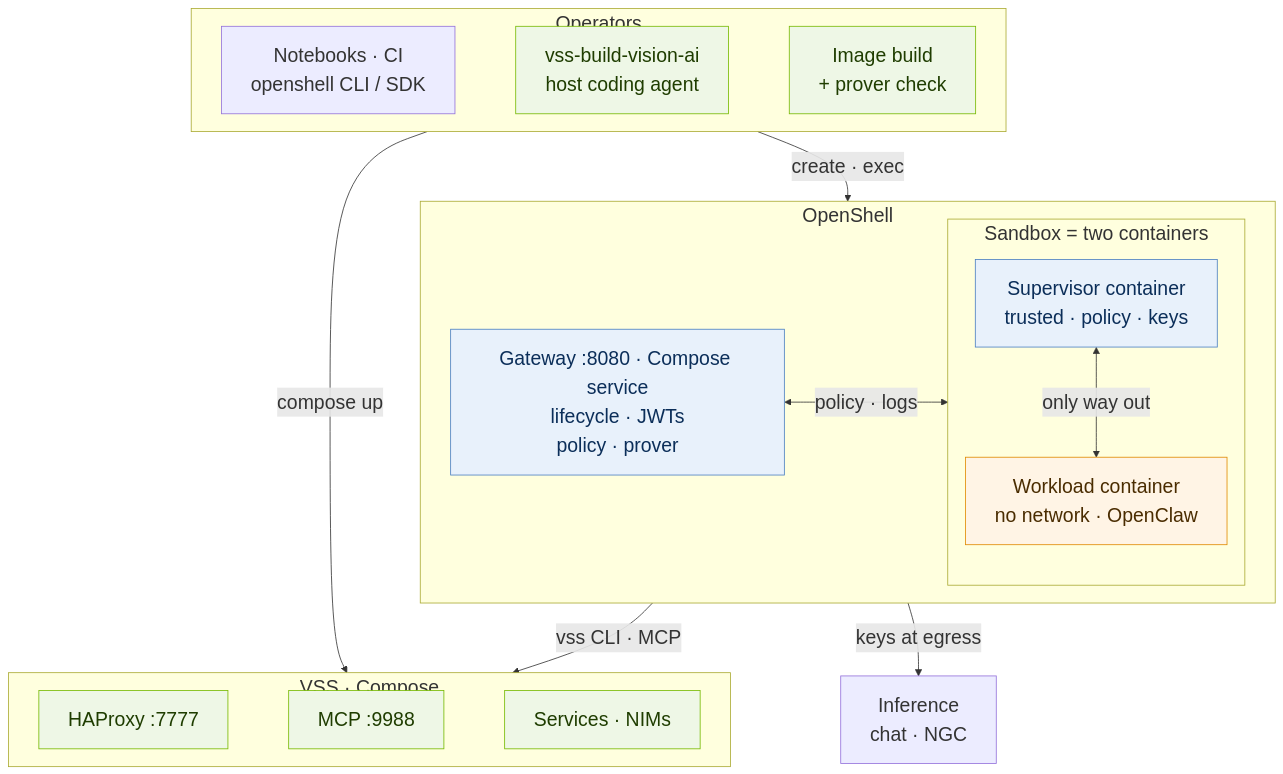
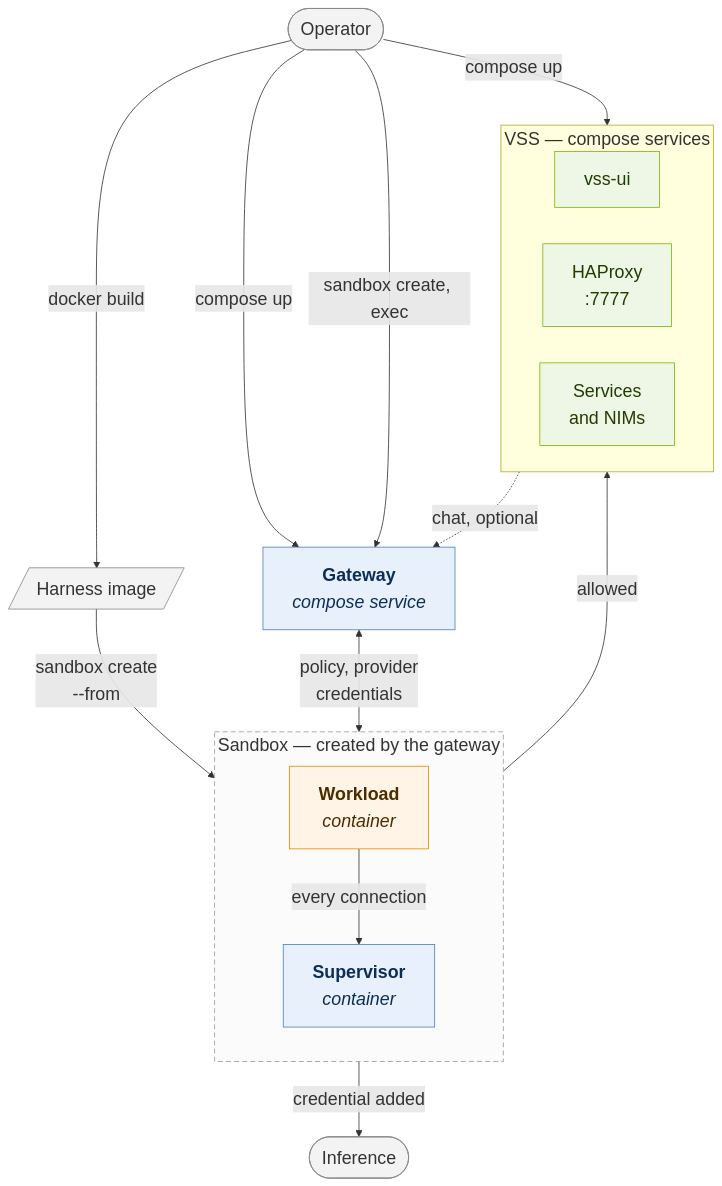
Before and after one commit to NVIDIA-AI-Blueprints/video-search-and-summarization: the diagram in .openshell/docs/assets/vss-openshell-architecture.mmd, drawn with Mermaid. The commit also changed 5 other files, not shown here.

First line of the commit message:
Lead the OpenShell README with high-level and detailed architecture

```diff
--- a/.openshell/docs/assets/vss-openshell-architecture.mmd
+++ b/.openshell/docs/assets/vss-openshell-architecture.mmd
@@ -1,37 +1,42 @@
-%%{init: {"fontFamily": "Arial, Liberation Sans, Helvetica, sans-serif", "flowchart": {"nodeSpacing": 24, "rankSpacing": 50, "padding": 18, "wrappingWidth": 340}, "themeVariables": {"fontSize": "24px"}}}%%
+%%{init: {"fontFamily": "Arial, Liberation Sans, Helvetica, sans-serif", "flowchart": {"nodeSpacing": 45, "rankSpacing": 60, "padding": 18}, "themeVariables": {"fontSize": "22px"}}}%%
 flowchart TB
-    subgraph ops["Operators"]
-        direction LR
-        NB["Notebooks · CI<br/>openshell CLI / SDK"] ~~~ BVAI["vss-build-vision-ai<br/>host coding agent"] ~~~ BUILD["Image build<br/>+ prover check"]
+    OP(["Operator"])
+    IMG[/"Harness image"/]
+
+    GW["<b>Gateway</b><br/><i>compose service</i>"]
+
+    subgraph sb["Sandbox — created by the gateway"]
+        direction TB
+        WL["<b>Workload</b><br/><i>container</i>"]
+        SUP["<b>Supervisor</b><br/><i>container</i>"]
+        WL -->|"every connection"| SUP
     end
 
-    subgraph os["OpenShell"]
+    subgraph vss["VSS — compose services"]
         direction LR
-        GW["Gateway :8080 · Compose service<br/>lifecycle · JWTs<br/>policy · prover"]
-        subgraph box["Sandbox = two containers"]
-            direction TB
-            SUP["Supervisor container<br/>trusted · policy · keys"]
-            WL["Workload container<br/>no network · OpenClaw"]
-            SUP <-->|"only way out"| WL
-        end
-        GW <-->|"policy · logs"| box
+        UI["vss-ui"]
+        HAP["HAProxy<br/>:7777"]
+        SVC["Services<br/>and NIMs"]
     end
 
-    subgraph vss["VSS · Compose"]
-        direction LR
-        HAP["HAProxy :7777"] ~~~ MCP["MCP :9988"] ~~~ SVC["Services · NIMs"]
-    end
+    EXT(["Inference"])
 
-    EXT["Inference<br/>chat · NGC"]
-
-    ops -->|"create · exec"| os
-    ops -->|"compose up"| vss
-    os -->|"vss CLI · MCP"| vss
-    os -->|"keys at egress"| EXT
+    OP -->|"compose up"| GW
+    OP -->|"compose up"| vss
+    OP -->|"sandbox create, exec"| GW
+    OP -->|"docker build"| IMG
+    IMG -->|"sandbox create<br/>--from"| WL
+    GW <-->|"policy, provider<br/>credentials"| SUP
+    SUP -->|"allowed"| HAP
+    SUP -->|"credential added"| EXT
+    UI -.->|"chat, optional"| GW
 
     classDef osc fill:#e8f1fb,stroke:#4a7fc1,color:#0b2e59
     classDef vssc fill:#eef7e6,stroke:#76b900,color:#1f3d00
-    classDef wl fill:#fff4e5,stroke:#e08a00,color:#4a2c00
+    classDef wlc fill:#fff4e5,stroke:#e08a00,color:#4a2c00
+    classDef extc fill:#f3f3f3,stroke:#888,color:#333
     class GW,SUP osc
-    class HAP,MCP,SVC,BUILD,BVAI vssc
-    class WL wl
+    class HAP,UI,SVC vssc
+    class WL wlc
+    class OP,IMG,EXT extc
+    style sb fill:#fbfbfb,stroke:#999,stroke-dasharray:6 4
```
